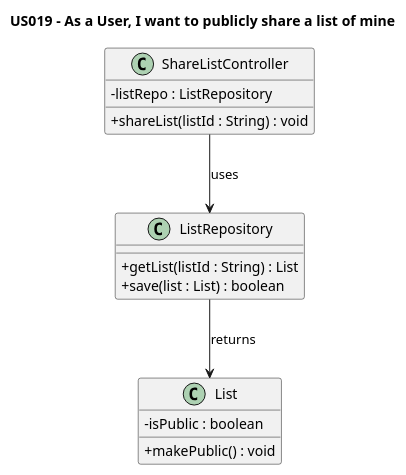
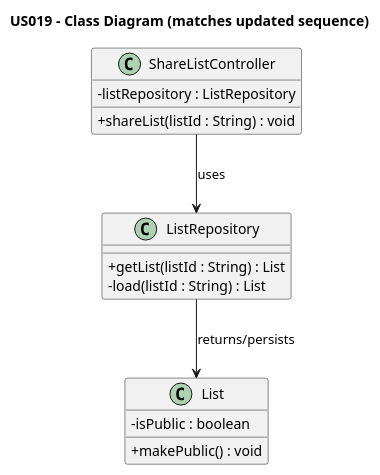
Before and after one commit to AndrePereiraGitH/SWitCH-Project-Team_A: the diagram in Diagrams/ClassDiagrams/US019-to-publicly-share-a-list.puml, drawn with PlantUML. The commit also changed 5 other files, not shown here.

Commit message:
Updates for #41 and #42, updated all diagrams

```diff
--- a/Diagrams/ClassDiagrams/US019-to-publicly-share-a-list.puml
+++ b/Diagrams/ClassDiagrams/US019-to-publicly-share-a-list.puml
@@ -1,25 +1,24 @@
 @startuml
-
-title US019 - As a User, I want to publicly share a list of mine
-
 skinparam classAttributeIconSize 0
 
+title US019 - Class Diagram (matches updated sequence)
+
 class ShareListController {
-  -listRepo : ListRepository
+  -listRepository : ListRepository
   +shareList(listId : String) : void
 }
 
 class ListRepository {
   +getList(listId : String) : List
-  +save(list : List) : boolean
+  -load(listId : String) : List
 }
 
 class List {
   -isPublic : boolean
   +makePublic() : void
 }
 
 ShareListController --> ListRepository : uses
-ListRepository --> List : returns
+ListRepository --> List : returns/persists
 
 @enduml
```
